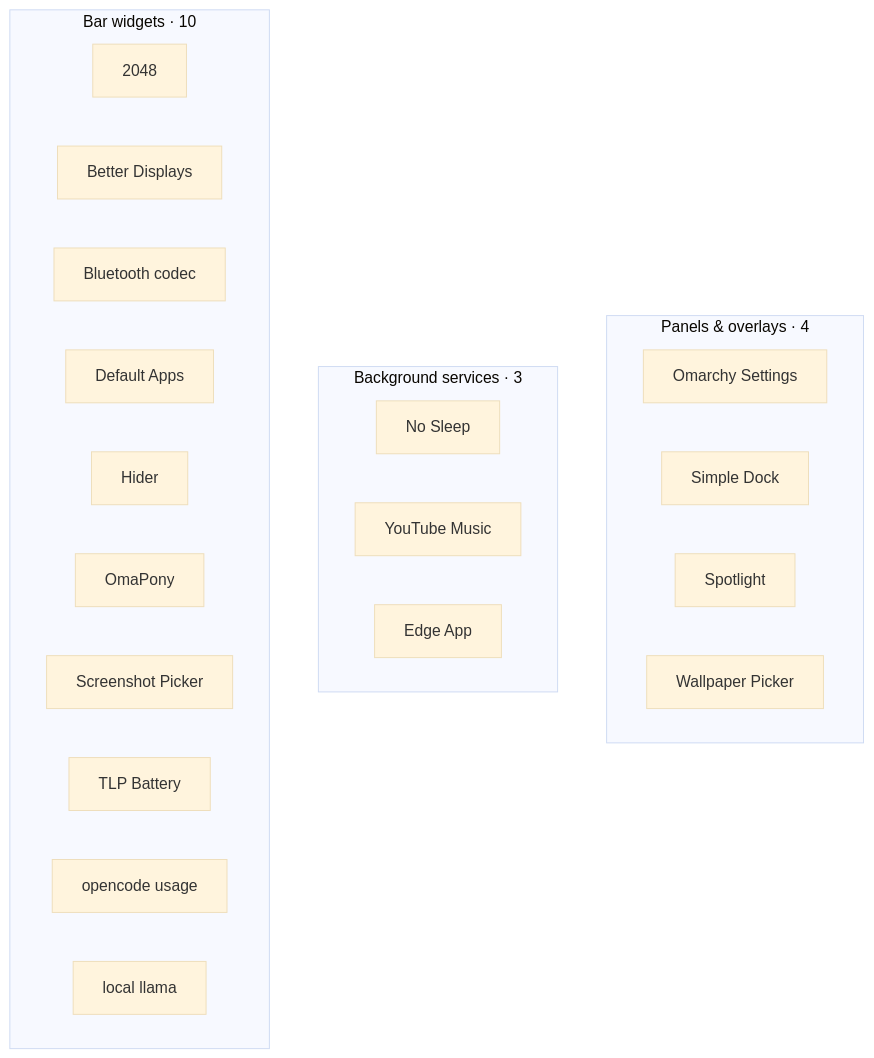
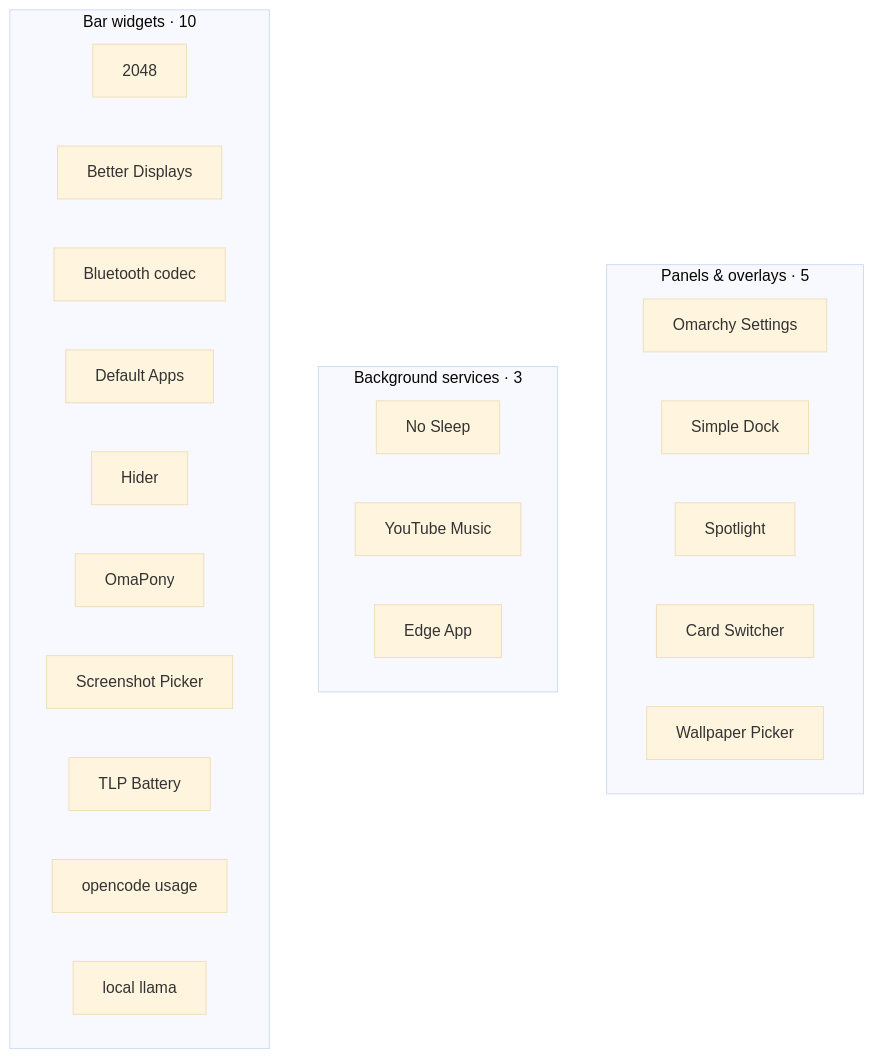
The diagram in README.md (nightdevil00/Plugins), drawn with Mermaid (base theme) before and after one commit. The commit also changed other lines of this file and 3 other files, not shown here.

Commit message:
mihai.cards: poker-style window switcher overlay

````diff
--- a/README.md
+++ b/README.md
@@ -12,26 +12,27 @@
 ```mermaid
 graph TB
-  subgraph panels["Panels & overlays · 4"]
+  subgraph panels["Panels & overlays · 5"]
     custom_settings["Omarchy Settings"]
     simple_dock["Simple Dock"]
     mihai_spotlight["Spotlight"]
+    mihai_cards["Card Switcher"]
     mihai_picker["Wallpaper Picker"]
   end
   subgraph services["Background services · 3"]
     white_nights["No Sleep"]
     mihai_ytmusic["YouTube Music"]
     mihai_edgeapp["Edge App"]
   end
   subgraph bar["Bar widgets · 10"]
     custom_2048["2048"]
     better_displays["Better Displays"]
     bt_codecs["Bluetooth codec"]
     setup_defaults["Default Apps"]
     plugin_hider["Hider"]
     yt_pony["OmaPony"]
     pick_screenshot["Screenshot Picker"]
     tlp_battery["TLP Battery"]
     mihai_opencode_usage["opencode usage"]
     mihai_llama["local llama"]
   end
 ```
````
